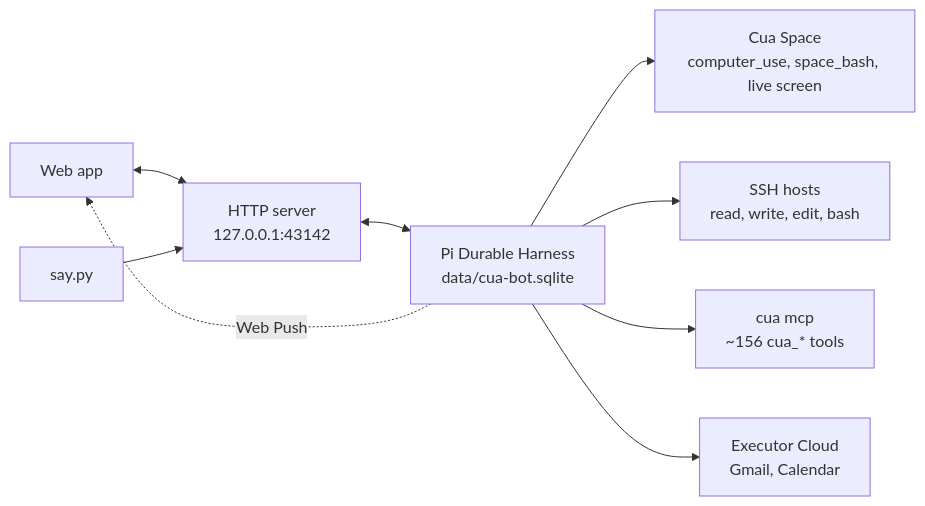
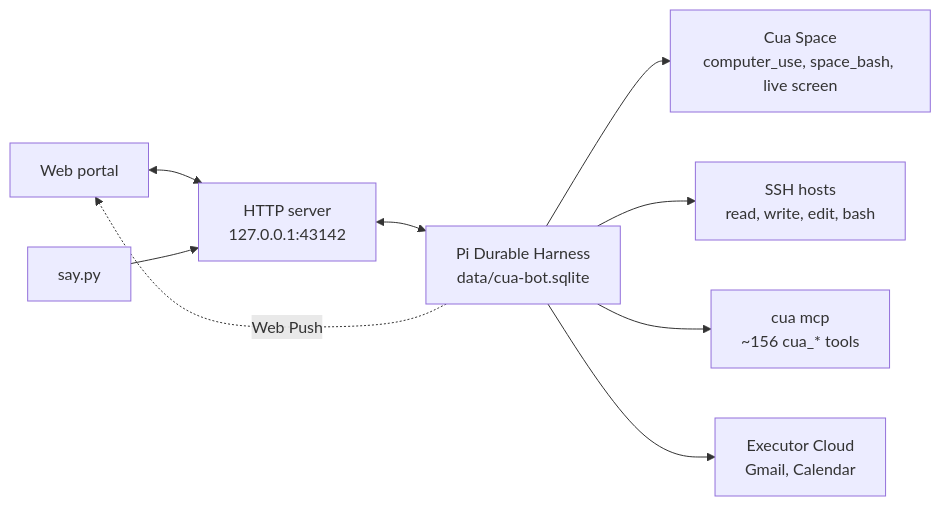
Before and after one commit to stanley50z/cua-bot: the diagram in docs/architecture.md, drawn with Mermaid. The commit also changed other lines of this file and 31 other files, not shown here.

Commit message:
Call the web app a portal

````diff
--- a/docs/architecture.md
+++ b/docs/architecture.md
@@ -5,11 +5,11 @@
 ```mermaid
 flowchart LR
-  browser[Web app] <--> server
+  browser[Web portal] <--> server
   say[say.py] --> server
   server["HTTP server<br/>127.0.0.1:43142"] <--> harness["Pi Durable Harness<br/>data/cua-bot.sqlite"]
   harness --> space["Cua Space<br/>computer_use, space_bash, live screen"]
   harness --> ssh["SSH hosts<br/>read, write, edit, bash"]
   harness --> cua["cua mcp<br/>~156 cua_* tools"]
   harness --> executor["Executor Cloud<br/>Gmail, Calendar"]
   harness -. Web Push .-> browser
 ```
````
